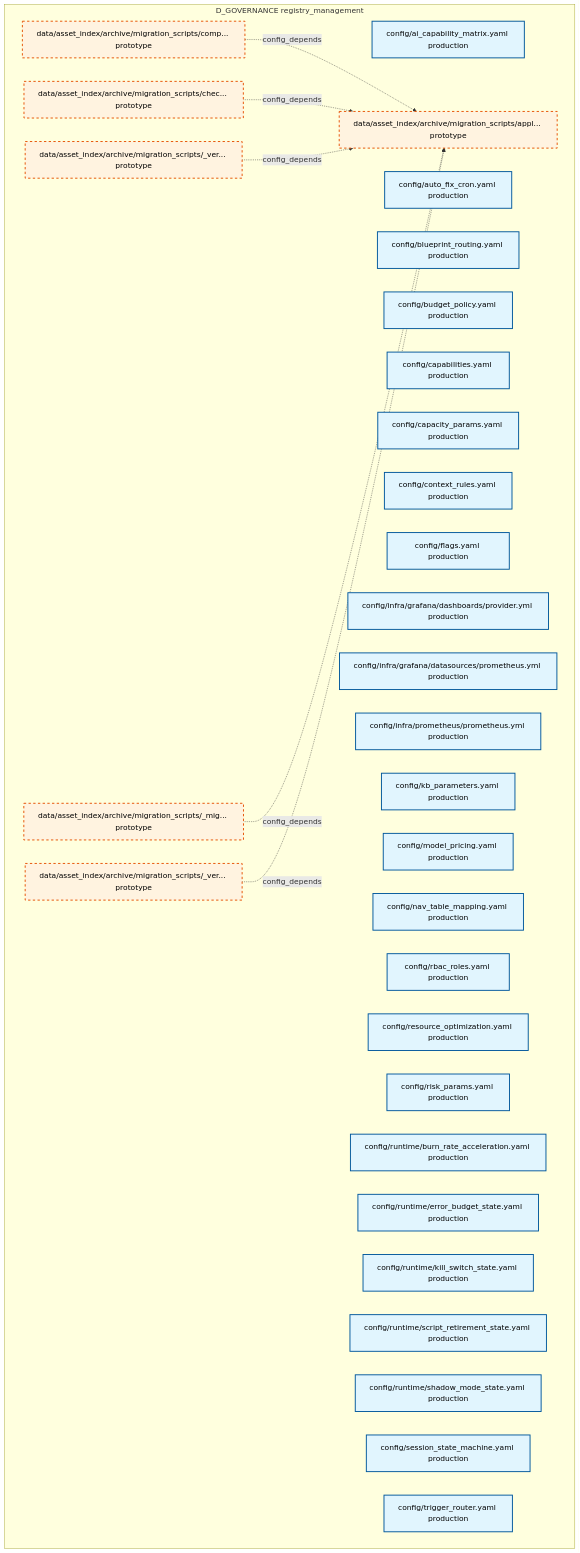
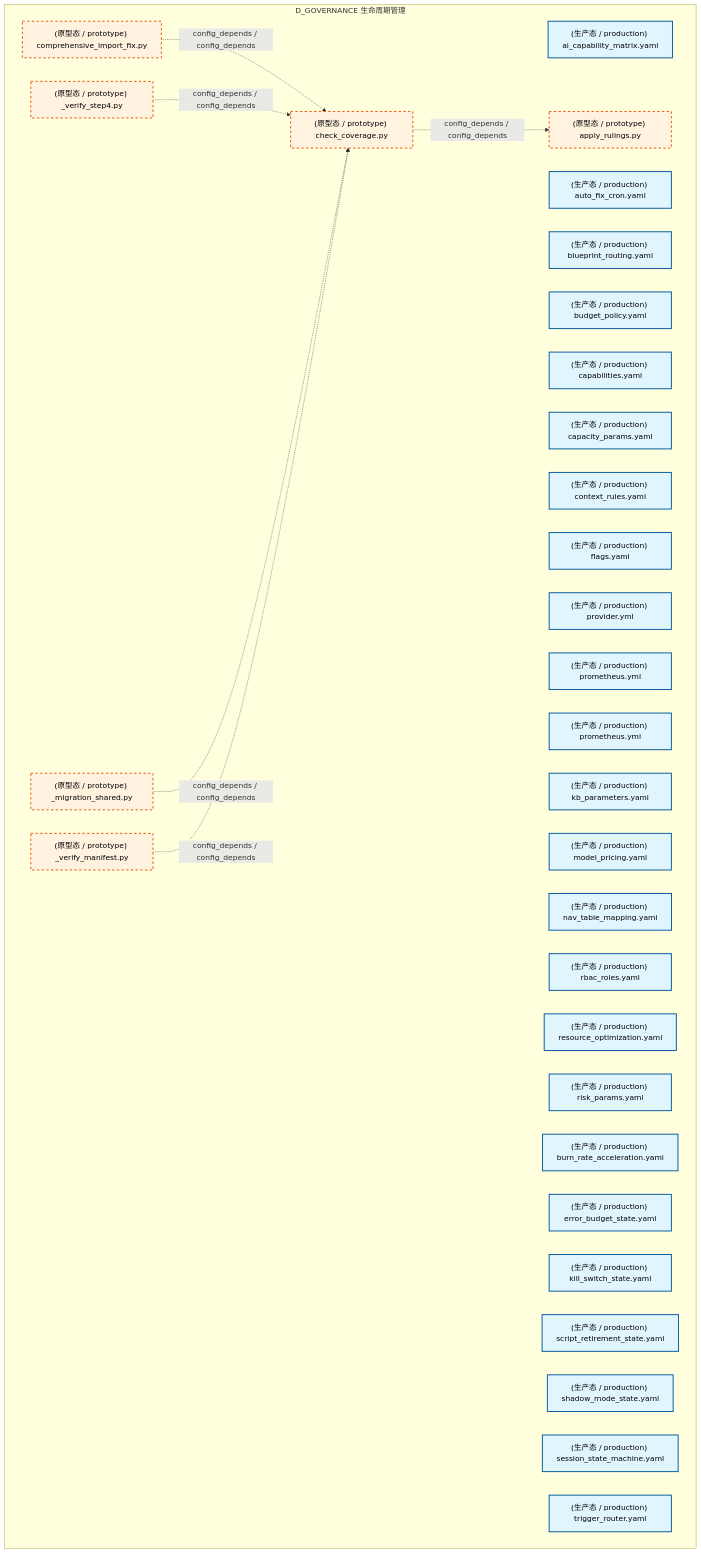
The first of 29 diagrams in docs/02_enterprise_architecture/02_domain_architecture_docs/31_d_governance.md (xuanFelixVan/ZephyrAlpha), drawn with Mermaid before and after one commit. The commit also changed other lines of this file and 100 other files, not shown here.

````diff
--- a/docs/02_enterprise_architecture/02_domain_architecture_docs/31_d_governance.md
+++ b/docs/02_enterprise_architecture/02_domain_architecture_docs/31_d_governance.md
@@ -49,46 +51,46 @@
 ```mermaid
 graph TD
-    subgraph D_GOVERNANCE["D_GOVERNANCE registry_management"]
-        config_ai_capability_matrix_yaml["config/ai_capability_matrix.yaml production"]
-        config_auto_fix_cron_yaml["config/auto_fix_cron.yaml production"]
-        config_blueprint_routing_yaml["config/blueprint_routing.yaml production"]
-        config_budget_policy_yaml["config/budget_policy.yaml production"]
-        config_capabilities_yaml["config/capabilities.yaml production"]
-        config_capacity_params_yaml["config/capacity_params.yaml production"]
-        config_context_rules_yaml["config/context_rules.yaml production"]
-        config_flags_yaml["config/flags.yaml production"]
-        config_infra_grafana_dashboards_provider_yml["config/infra/grafana/dashboards/provider.yml production"]
-        config_infra_grafana_datasources_prometheus_yml["config/infra/grafana/datasources/prometheus.yml production"]
-        config_infra_prometheus_prometheus_yml["config/infra/prometheus/prometheus.yml production"]
-        config_kb_parameters_yaml["config/kb_parameters.yaml production"]
-        config_model_pricing_yaml["config/model_pricing.yaml production"]
-        config_nav_table_mapping_yaml["config/nav_table_mapping.yaml production"]
-        config_rbac_roles_yaml["config/rbac_roles.yaml production"]
-        config_resource_optimization_yaml["config/resource_optimization.yaml production"]
-        config_risk_params_yaml["config/risk_params.yaml production"]
-        config_runtime_burn_rate_acceleration_yaml["config/runtime/burn_rate_acceleration.yaml production"]
-        config_runtime_error_budget_state_yaml["config/runtime/error_budget_state.yaml production"]
-        config_runtime_kill_switch_state_yaml["config/runtime/kill_switch_state.yaml production"]
-        config_runtime_script_retirement_state_yaml["config/runtime/script_retirement_state.yaml production"]
-        config_runtime_shadow_mode_state_yaml["config/runtime/shadow_mode_state.yaml production"]
-        config_session_state_machine_yaml["config/session_state_machine.yaml production"]
-        config_trigger_router_yaml["config/trigger_router.yaml production"]
-        data_asset_index_archive_migration_scripts_migration_shared_py["data/asset_index/archive/migration_scripts/_mig... prototype"]
-        data_asset_index_archive_migration_scripts_verify_manifest_py["data/asset_index/archive/migration_scripts/_ver... prototype"]
-        data_asset_index_archive_migration_scripts_verify_step4_py["data/asset_index/archive/migration_scripts/_ver... prototype"]
-        data_asset_index_archive_migration_scripts_apply_rulings_py["data/asset_index/archive/migration_scripts/appl... prototype"]
-        data_asset_index_archive_migration_scripts_check_coverage_py["data/asset_index/archive/migration_scripts/chec... prototype"]
-        data_asset_index_archive_migration_scripts_comprehensive_import_fix_py["data/asset_index/archive/migration_scripts/comp... prototype"]
+    subgraph D_GOVERNANCE["D_GOVERNANCE 生命周期管理"]
+        config_ai_capability_matrix_yaml["(生产态 / production) ai_capability_matrix.yaml"]
+        config_auto_fix_cron_yaml["(生产态 / production) auto_fix_cron.yaml"]
+        config_blueprint_routing_yaml["(生产态 / production) blueprint_routing.yaml"]
+        config_budget_policy_yaml["(生产态 / production) budget_policy.yaml"]
+        config_capabilities_yaml["(生产态 / production) capabilities.yaml"]
+        config_capacity_params_yaml["(生产态 / production) capacity_params.yaml"]
+        config_context_rules_yaml["(生产态 / production) context_rules.yaml"]
+        config_flags_yaml["(生产态 / production) flags.yaml"]
+        config_infra_grafana_dashboards_provider_yml["(生产态 / production) provider.yml"]
+        config_infra_grafana_datasources_prometheus_yml["(生产态 / production) prometheus.yml"]
+        config_infra_prometheus_prometheus_yml["(生产态 / production) prometheus.yml"]
+        config_kb_parameters_yaml["(生产态 / production) kb_parameters.yaml"]
+        config_model_pricing_yaml["(生产态 / production) model_pricing.yaml"]
+        config_nav_table_mapping_yaml["(生产态 / production) nav_table_mapping.yaml"]
+        config_rbac_roles_yaml["(生产态 / production) rbac_roles.yaml"]
+        config_resource_optimization_yaml["(生产态 / production) resource_optimization.yaml"]
+        config_risk_params_yaml["(生产态 / production) risk_params.yaml"]
+        config_runtime_burn_rate_acceleration_yaml["(生产态 / production) burn_rate_acceleration.yaml"]
+        config_runtime_error_budget_state_yaml["(生产态 / production) error_budget_state.yaml"]
+        config_runtime_kill_switch_state_yaml["(生产态 / production) kill_switch_state.yaml"]
+        config_runtime_script_retirement_state_yaml["(生产态 / production) script_retirement_state.yaml"]
+        config_runtime_shadow_mode_state_yaml["(生产态 / production) shadow_mode_state.yaml"]
+        config_session_state_machine_yaml["(生产态 / production) session_state_machine.yaml"]
+        config_trigger_router_yaml["(生产态 / production) trigger_router.yaml"]
+        data_asset_index_archive_migration_scripts_migration_shared_py["(原型态 / prototype) _migration_shared.py"]
+        data_asset_index_archive_migration_scripts_verify_manifest_py["(原型态 / prototype) _verify_manifest.py"]
+        data_asset_index_archive_migration_scripts_verify_step4_py["(原型态 / prototype) _verify_step4.py"]
+        data_asset_index_archive_migration_scripts_apply_rulings_py["(原型态 / prototype) apply_rulings.py"]
+        data_asset_index_archive_migration_scripts_check_coverage_py["(原型态 / prototype) check_coverage.py"]
+        data_asset_index_archive_migration_scripts_comprehensive_import_fix_py["(原型态 / prototype) comprehensive_import_fix.py"]
     end
-    data_asset_index_archive_migration_scripts_comprehensive_import_fix_py -.->|config_depends| data_asset_index_archive_migration_scripts_apply_rulings_py
-    data_asset_index_archive_migration_scripts_check_coverage_py -.->|config_depends| data_asset_index_archive_migration_scripts_apply_rulings_py
-    data_asset_index_archive_migration_scripts_verify_step4_py -.->|config_depends| data_asset_index_archive_migration_scripts_apply_rulings_py
-    data_asset_index_archive_migration_scripts_migration_shared_py -.->|config_depends| data_asset_index_archive_migration_scripts_apply_rulings_py
-    data_asset_index_archive_migration_scripts_verify_manifest_py -.->|config_depends| data_asset_index_archive_migration_scripts_apply_rulings_py
+    data_asset_index_archive_migration_scripts_check_coverage_py -.->|config_depends / config_depends| data_asset_index_archive_migration_scripts_apply_rulings_py
+    data_asset_index_archive_migration_scripts_comprehensive_import_fix_py -.->|config_depends / config_depends| data_asset_index_archive_migration_scripts_check_coverage_py
+    data_asset_index_archive_migration_scripts_verify_step4_py -.->|config_depends / config_depends| data_asset_index_archive_migration_scripts_check_coverage_py
+    data_asset_index_archive_migration_scripts_migration_shared_py -.->|config_depends / config_depends| data_asset_index_archive_migration_scripts_check_coverage_py
+    data_asset_index_archive_migration_scripts_verify_manifest_py -.->|config_depends / config_depends| data_asset_index_archive_migration_scripts_check_coverage_py
     classDef production fill:#e1f5fe,stroke:#01579b,stroke-width:2px,color:#000
     classDef design fill:#fff3e0,stroke:#e65100,stroke-width:2px,color:#000,stroke-dasharray: 5 5
     classDef external_prod fill:#e8f5e9,stroke:#1b5e20,stroke-width:1px,color:#000
     classDef external_design fill:#fce4ec,stroke:#880e4f,stroke-width:1px,color:#000,stroke-dasharray: 5 5
     class config_ai_capability_matrix_yaml,config_auto_fix_cron_yaml,config_blueprint_routing_yaml,config_budget_policy_yaml,config_capabilities_yaml,config_capacity_params_yaml,config_context_rules_yaml,config_flags_yaml,config_infra_grafana_dashboards_provider_yml,config_infra_grafana_datasources_prometheus_yml,config_infra_prometheus_prometheus_yml,config_kb_parameters_yaml,config_model_pricing_yaml,config_nav_table_mapping_yaml,config_rbac_roles_yaml,config_resource_optimization_yaml,config_risk_params_yaml,config_runtime_burn_rate_acceleration_yaml,config_runtime_error_budget_state_yaml,config_runtime_kill_switch_state_yaml,config_runtime_script_retirement_state_yaml,config_runtime_shadow_mode_state_yaml,config_session_state_machine_yaml,config_trigger_router_yaml production
     class data_asset_index_archive_migration_scripts_migration_shared_py,data_asset_index_archive_migration_scripts_verify_manifest_py,data_asset_index_archive_migration_scripts_verify_step4_py,data_asset_index_archive_migration_scripts_apply_rulings_py,data_asset_index_archive_migration_scripts_check_coverage_py,data_asset_index_archive_migration_scripts_comprehensive_import_fix_py design
 ```
````
